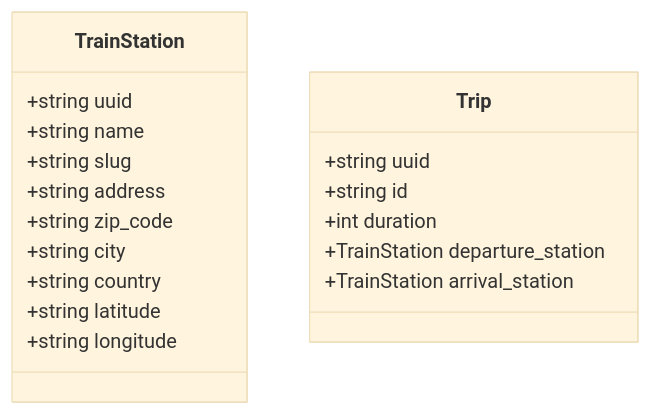
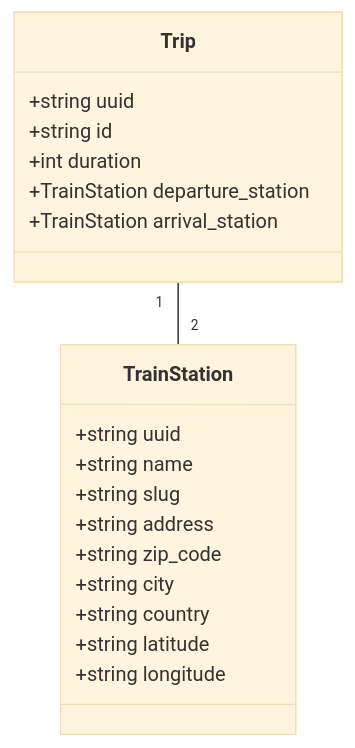
Before and after one commit to luckykamon/travel_order_resolved: the diagram in Documentation/bdd_diagram.md, drawn with Mermaid (base theme).

Commit message:
modif graph db

````diff
--- a/Documentation/bdd_diagram.md
+++ b/Documentation/bdd_diagram.md
@@ -1,24 +1,24 @@
 ```mermaid
 classDiagram
     class TrainStation {
         +string uuid
         +string name
         +string slug
         +string address
         +string zip_code
         +string city
         +string country
         +string latitude
         +string longitude
     }
 
     class Trip {
         +string uuid
         +string id
         +int duration
         +TrainStation departure_station
         +TrainStation arrival_station
     }
 
-    %%Trip "1" -- "2" TrainStation
+    Trip "1" -- "2" TrainStation
 ```
````
